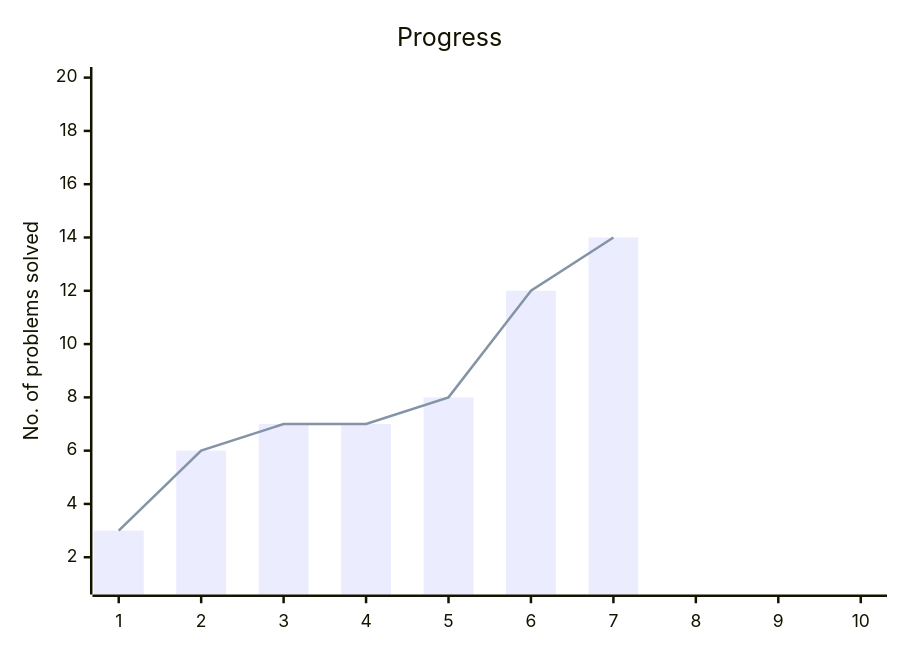
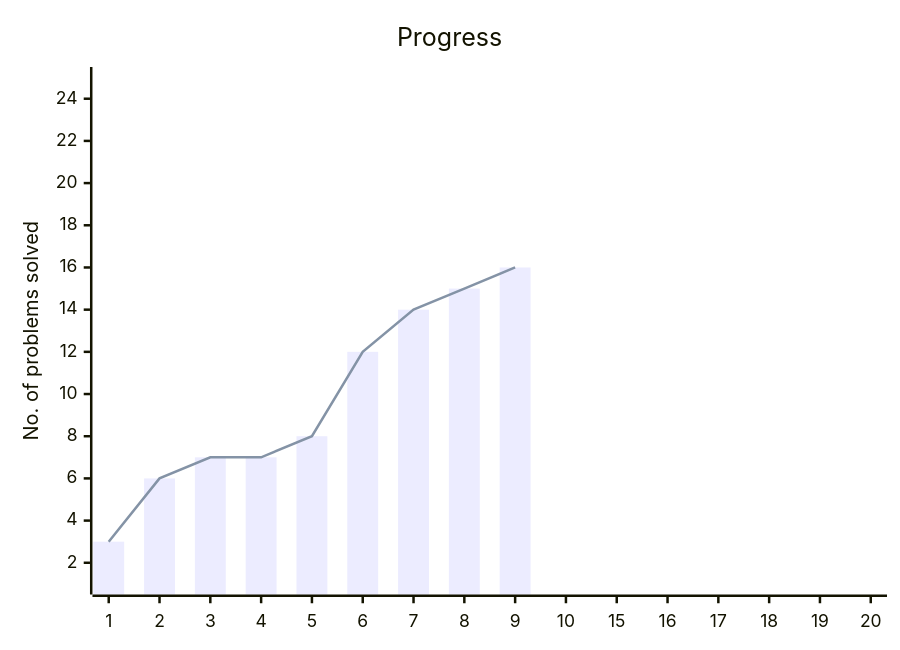
One commit to PrathameshGandule/neetcode-150 changed the diagram in README.md. Above: the diagram before and after it, drawn with Mermaid. The commit also changed other lines of this file and 1 other file, not shown here.

````diff
--- a/README.md
+++ b/README.md
@@ -16,8 +18,8 @@
 ```mermaid
 xychart-beta
     title "Progress"
-    x-axis [1, 2, 3, 4, 5, 6, 7, 8, 9, 10]
-    y-axis "No. of problems solved" 1 --> 20
-	bar [3, 6, 7, 7, 8, 12, 14]
-    line [3, 6, 7, 7, 8, 12, 14]
+    x-axis [1, 2, 3, 4, 5, 6, 7, 8, 9, 10, 15, 16, 17, 18, 19, 20]
+    y-axis "No. of problems solved" 1 --> 25
+	bar [3, 6, 7, 7, 8, 12, 14, 15, 16]
+    line [3, 6, 7, 7, 8, 12, 14, 15, 16]
 ```
````
